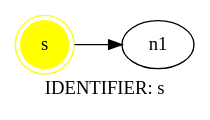
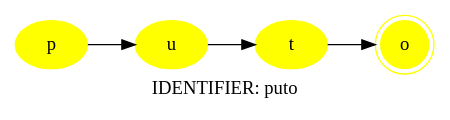
Before and after one commit to Jbrod5/lenguajes: the diagram in parser-py/Plots/0_toPlot.dot, drawn with Graphviz. The commit also changed 4 other files, not shown here.

```diff
--- a/parser-py/Plots/0_toPlot.dot
+++ b/parser-py/Plots/0_toPlot.dot
@@ -1,6 +1,11 @@
 digraph Plot{
    rankdir = LR;
-   label = "IDENTIFIER: s";
-    n0[style = filled, color = yellow, label = "s" ,shape = doublecircle];
+   label = "IDENTIFIER: puto";
+    n0[style = filled, color = yellow, label = "p"];
+    n1[style = filled, color = yellow, label = "u"];
+    n2[style = filled, color = yellow, label = "t"];
+    n3[style = filled, color = yellow, label = "o" ,shape = doublecircle];
     n0 -> n1;
+    n1 -> n2;
+    n2 -> n3;
 }
```
